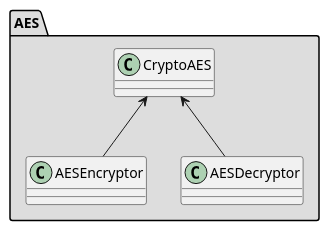
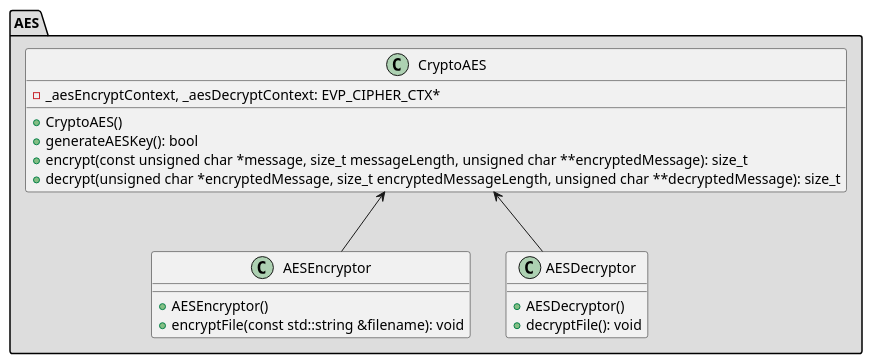
The diagram in architecture/class_diagrams/crypto/aes.puml (bierschi/butterfly), drawn with PlantUML before and after one commit. The commit also changed 10 other files, not shown here.

```diff
--- a/architecture/class_diagrams/crypto/aes.puml
+++ b/architecture/class_diagrams/crypto/aes.puml
@@ -1,23 +1,33 @@
 @startuml
 'https://plantuml.com/sequence-diagram
 package AES #DDDDDD
 {
 
 class CryptoAES
 {
+    -_aesEncryptContext, _aesDecryptContext: EVP_CIPHER_CTX*
+
+    +CryptoAES()
+    +generateAESKey(): bool
+    +encrypt(const unsigned char *message, size_t messageLength, unsigned char **encryptedMessage): size_t
+    +decrypt(unsigned char *encryptedMessage, size_t encryptedMessageLength, unsigned char **decryptedMessage): size_t
 }
 
 class AESEncryptor
 {
 
+    +AESEncryptor()
+    +encryptFile(const std::string &filename): void
+
 }
 
 class AESDecryptor
 {
-
+    +AESDecryptor()
+    +decryptFile(): void
 }
 
 CryptoAES <-- AESEncryptor
 CryptoAES <-- AESDecryptor
 }
 @enduml
```
